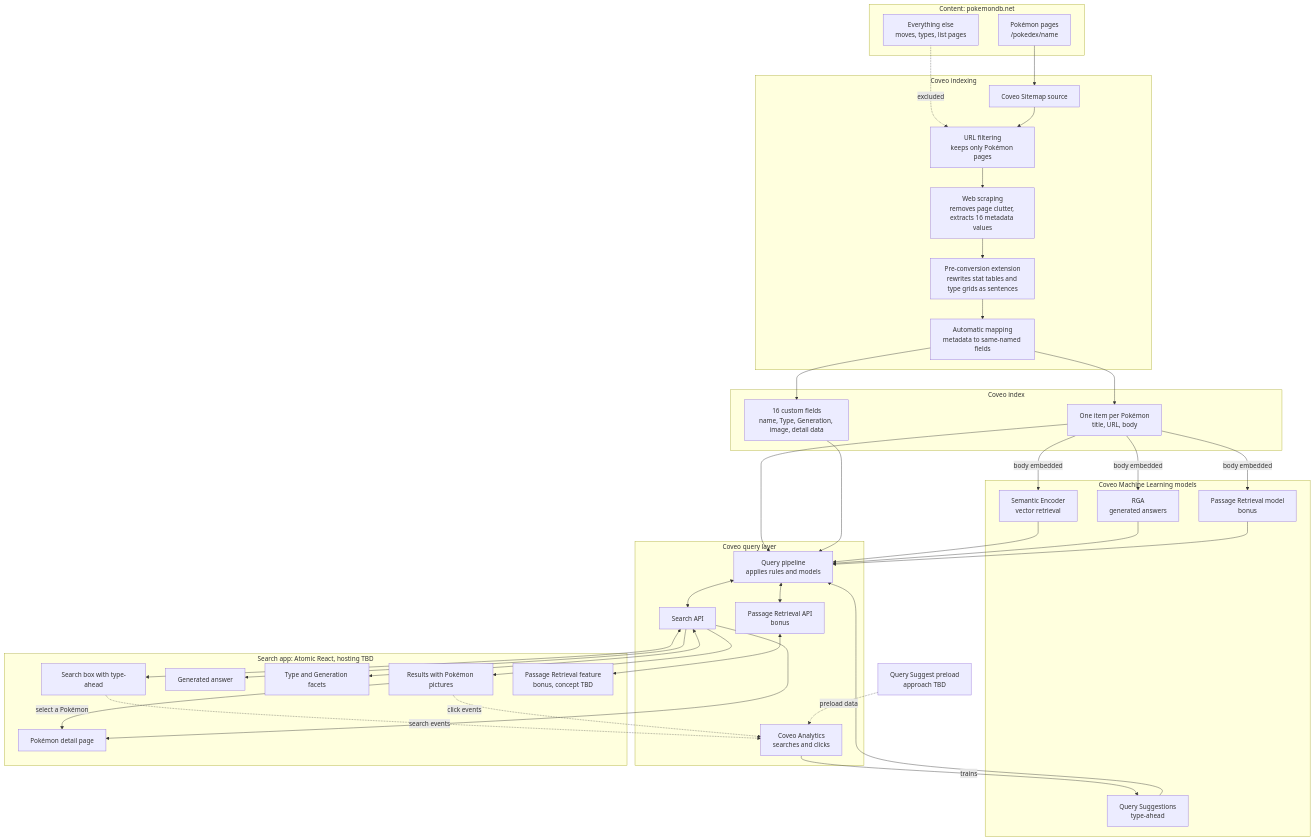
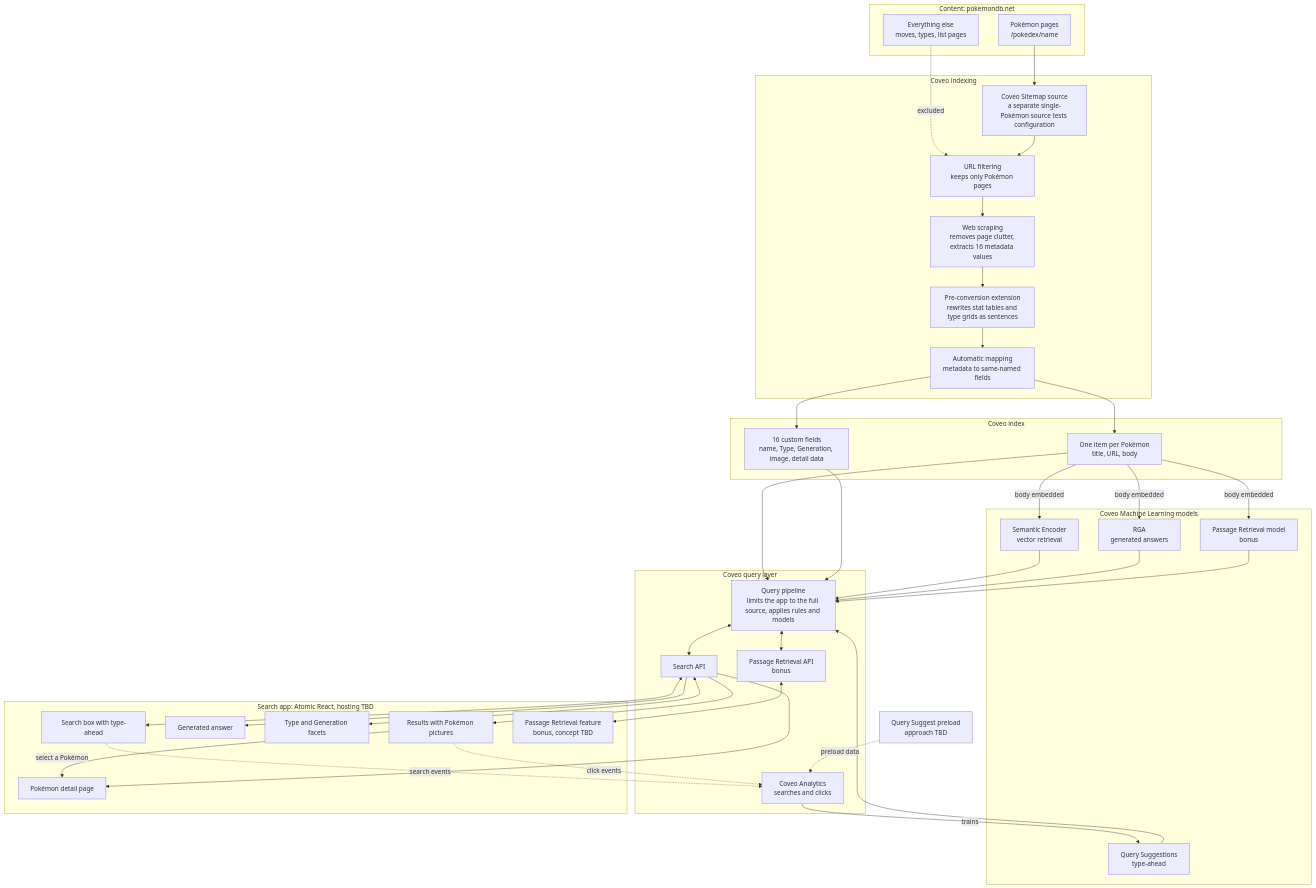
Before and after one commit to ksek87/pokebowl-cove: the diagram in docs/architecture.md, drawn with Mermaid. The commit also changed other lines of this file and 6 other files, not shown here.

First line of the commit message:
Record search key, query pipeline and updated project status

````diff
--- a/docs/architecture.md
+++ b/docs/architecture.md
@@ -7,81 +7,81 @@
 ```mermaid
 flowchart TD
     subgraph CONTENT["Content: pokemondb.net"]
         PAGES["Pokémon pages<br/>/pokedex/name"]
         OTHER["Everything else<br/>moves, types, list pages"]
     end
 
     subgraph INGEST["Coveo indexing"]
-        SOURCE["Coveo Sitemap source"]
+        SOURCE["Coveo Sitemap source<br/>a separate single-Pokémon source tests configuration"]
         FILTERS["URL filtering<br/>keeps only Pokémon pages"]
         SCRAPE["Web scraping<br/>removes page clutter, extracts 16 metadata values"]
         EXT["Pre-conversion extension<br/>rewrites stat tables and type grids as sentences"]
         MAP["Automatic mapping<br/>metadata to same-named fields"]
     end
 
     subgraph INDEX["Coveo index"]
         ITEMS["One item per Pokémon<br/>title, URL, body"]
         FIELDS["16 custom fields<br/>name, Type, Generation, image, detail data"]
     end
 
     subgraph ML["Coveo Machine Learning models"]
         SE["Semantic Encoder<br/>vector retrieval"]
         RGA["RGA<br/>generated answers"]
         QS["Query Suggestions<br/>type-ahead"]
         CPR["Passage Retrieval model<br/>bonus"]
     end
 
     subgraph QUERY["Coveo query layer"]
-        PIPELINE["Query pipeline<br/>applies rules and models"]
+        PIPELINE["Query pipeline<br/>limits the app to the full source, applies rules and models"]
         SEARCHAPI["Search API"]
         PRAPI["Passage Retrieval API<br/>bonus"]
         ANALYTICS["Coveo Analytics<br/>searches and clicks"]
     end
 
     subgraph APP["Search app: Atomic React, hosting TBD"]
         BOX["Search box with type-ahead"]
         ANSWER["Generated answer"]
         FACETS["Type and Generation facets"]
         RESULTS["Results with Pokémon pictures"]
         DETAIL["Pokémon detail page"]
         BONUS["Passage Retrieval feature<br/>bonus, concept TBD"]
     end
 
     SEED["Query Suggest preload<br/>approach TBD"]
 
     PAGES --> SOURCE
     OTHER -. "excluded" .-> FILTERS
     SOURCE --> FILTERS
     FILTERS --> SCRAPE
     SCRAPE --> EXT
     EXT --> MAP
     MAP --> ITEMS
     MAP --> FIELDS
 
     ITEMS -->|"body embedded"| SE
     ITEMS -->|"body embedded"| RGA
     ITEMS -->|"body embedded"| CPR
 
     SE --> PIPELINE
     RGA --> PIPELINE
     QS --> PIPELINE
     CPR --> PIPELINE
 
     ITEMS --> PIPELINE
     FIELDS --> PIPELINE
     PIPELINE <--> SEARCHAPI
     PIPELINE <--> PRAPI
 
     SEARCHAPI <--> BOX
     SEARCHAPI --> ANSWER
     SEARCHAPI <--> FACETS
     SEARCHAPI --> RESULTS
     SEARCHAPI --> DETAIL
     RESULTS -->|"select a Pokémon"| DETAIL
     PRAPI <--> BONUS
 
     BOX -. "search events" .-> ANALYTICS
     RESULTS -. "click events" .-> ANALYTICS
     SEED -. "preload data" .-> ANALYTICS
     ANALYTICS -->|"trains"| QS
 ```
````
